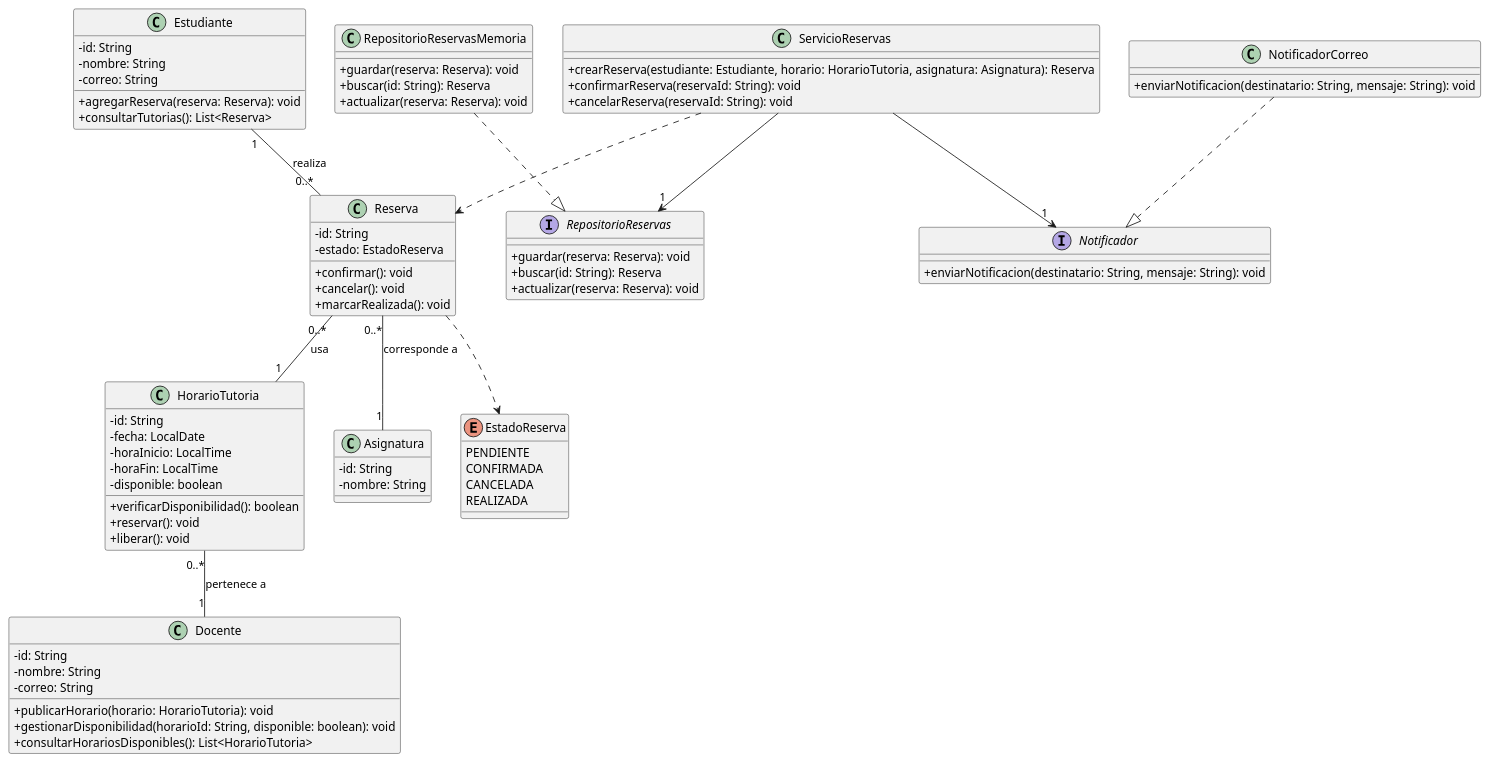
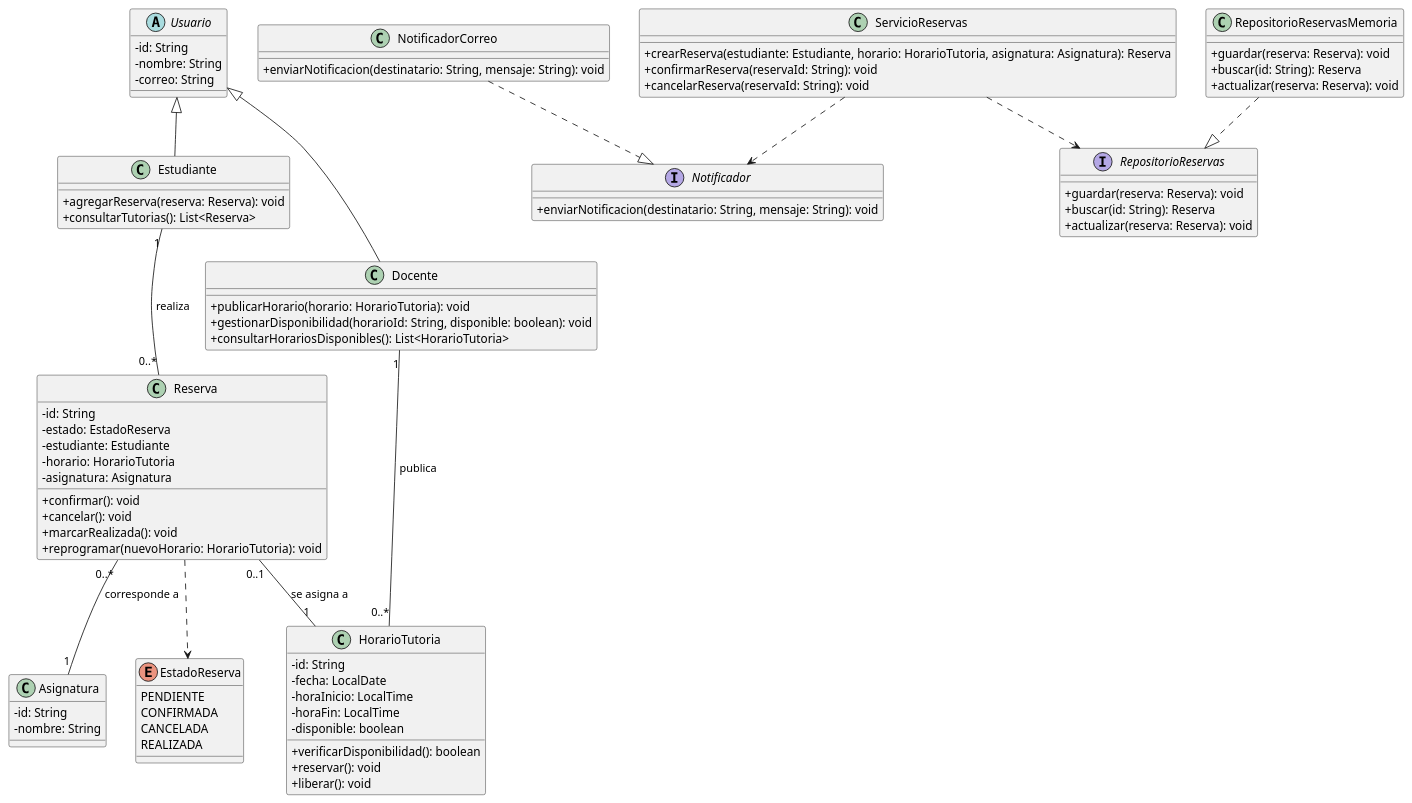
One commit to Anghy2003/sistema-tutorias changed the diagram in docs/modelo-clases.puml. Above: the diagram before and after it, drawn with PlantUML. The commit also changed 2 other files, not shown here.

Commit message:
docs: actualizar diagrama UML y README con la herencia de Usuario

```diff
--- a/docs/modelo-clases.puml
+++ b/docs/modelo-clases.puml
@@ -1,91 +1,97 @@
 @startuml modelo-clases
 skinparam classAttributeIconSize 0
 
-class Estudiante {
+abstract class Usuario {
   - id: String
   - nombre: String
   - correo: String
+}
+
+class Estudiante {
   + agregarReserva(reserva: Reserva): void
   + consultarTutorias(): List<Reserva>
 }
 
 class Docente {
-  - id: String
-  - nombre: String
-  - correo: String
   + publicarHorario(horario: HorarioTutoria): void
   + gestionarDisponibilidad(horarioId: String, disponible: boolean): void
   + consultarHorariosDisponibles(): List<HorarioTutoria>
 }
 
 class HorarioTutoria {
   - id: String
   - fecha: LocalDate
   - horaInicio: LocalTime
   - horaFin: LocalTime
   - disponible: boolean
   + verificarDisponibilidad(): boolean
   + reservar(): void
   + liberar(): void
 }
 
 class Asignatura {
   - id: String
   - nombre: String
 }
 
 class Reserva {
   - id: String
   - estado: EstadoReserva
+  - estudiante: Estudiante
+  - horario: HorarioTutoria
+  - asignatura: Asignatura
   + confirmar(): void
   + cancelar(): void
   + marcarRealizada(): void
+  + reprogramar(nuevoHorario: HorarioTutoria): void
 }
 
 enum EstadoReserva {
   PENDIENTE
   CONFIRMADA
   CANCELADA
   REALIZADA
 }
 
 class ServicioReservas {
   + crearReserva(estudiante: Estudiante, horario: HorarioTutoria, asignatura: Asignatura): Reserva
   + confirmarReserva(reservaId: String): void
   + cancelarReserva(reservaId: String): void
 }
 
 interface Notificador {
   + enviarNotificacion(destinatario: String, mensaje: String): void
 }
 
 class NotificadorCorreo {
   + enviarNotificacion(destinatario: String, mensaje: String): void
 }
 
 interface RepositorioReservas {
   + guardar(reserva: Reserva): void
   + buscar(id: String): Reserva
   + actualizar(reserva: Reserva): void
 }
 
 class RepositorioReservasMemoria {
   + guardar(reserva: Reserva): void
   + buscar(id: String): Reserva
   + actualizar(reserva: Reserva): void
 }
 
+Usuario <|-- Estudiante
+Usuario <|-- Docente
+
 Estudiante "1" -- "0..*" Reserva : realiza
-Reserva "0..*" -- "1" HorarioTutoria : usa
-HorarioTutoria "0..*" -- "1" Docente : pertenece a
+Docente "1" -- "0..*" HorarioTutoria : publica
+Reserva "0..1" -- "1" HorarioTutoria : se asigna a
 Reserva "0..*" -- "1" Asignatura : corresponde a
 Reserva ..> EstadoReserva
 
-ServicioReservas --> "1" RepositorioReservas
-ServicioReservas --> "1" Notificador
-ServicioReservas ..> Reserva
+ServicioReservas ..> Notificador
+ServicioReservas ..> RepositorioReservas
 
 NotificadorCorreo ..|> Notificador
 RepositorioReservasMemoria ..|> RepositorioReservas
 
 @enduml
```
